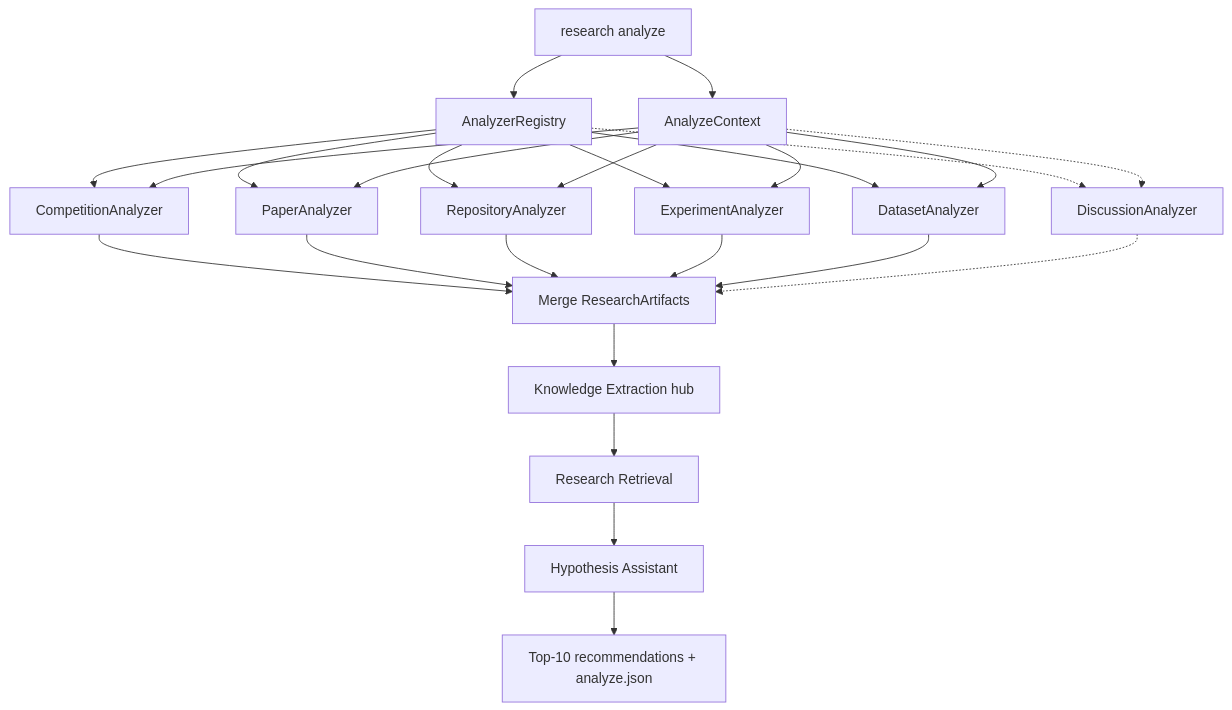
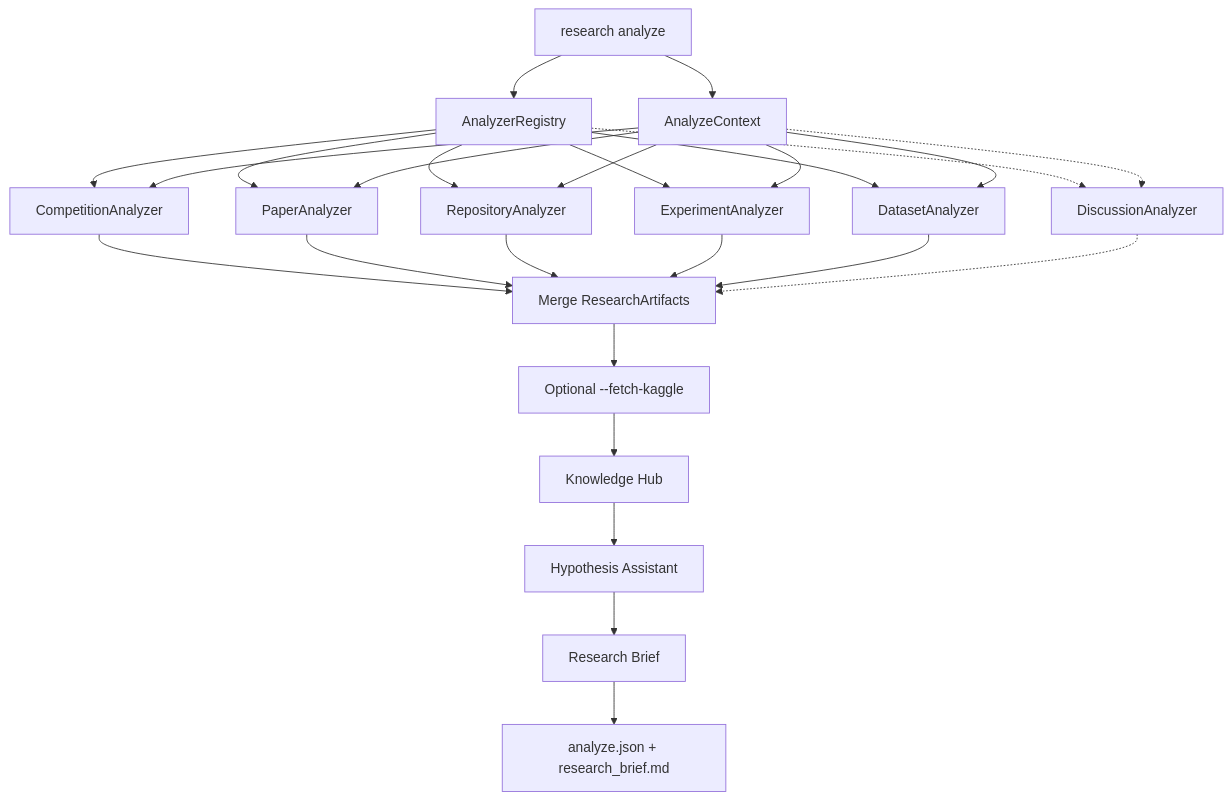
One commit to sadiq18/labpilot changed the third of 4 diagrams in docs/milestones/milestone-3/README.md. Above: the diagram before and after it, drawn with Mermaid. The commit also changed other lines of this file and 23 other files, not shown here.

First line of the commit message:
feat(analyze): persist all artifacts and emit Research Brief

````diff
--- a/docs/milestones/milestone-3/README.md
+++ b/docs/milestones/milestone-3/README.md
@@ -665,42 +683,44 @@
 ```mermaid
 flowchart TB
   CLI["research analyze"]
   Registry[AnalyzerRegistry]
   Ctx[AnalyzeContext]
   Comp[CompetitionAnalyzer]
   Papers[PaperAnalyzer]
   Repos[RepositoryAnalyzer]
   Exp[ExperimentAnalyzer]
   Data[DatasetAnalyzer]
   Disc[DiscussionAnalyzer]
   Merge[Merge ResearchArtifacts]
-  Hub[Knowledge Extraction hub]
-  Retr[Research Retrieval]
+  OptFetch["Optional --fetch-kaggle"]
+  Hub[Knowledge Hub]
   Hyp[Hypothesis Assistant]
-  Out[Top-10 recommendations + analyze.json]
+  Brief[Research Brief]
+  Out["analyze.json + research_brief.md"]
 
   CLI --> Registry
   CLI --> Ctx
   Registry --> Comp
   Registry --> Papers
   Registry --> Repos
   Registry --> Exp
   Registry --> Data
   Registry -.-> Disc
   Ctx --> Comp
   Ctx --> Papers
   Ctx --> Repos
   Ctx --> Exp
   Ctx --> Data
   Ctx -.-> Disc
   Comp --> Merge
   Papers --> Merge
   Repos --> Merge
   Exp --> Merge
   Data --> Merge
   Disc -.-> Merge
-  Merge --> Hub
-  Hub --> Retr
-  Retr --> Hyp
-  Hyp --> Out
+  Merge --> OptFetch
+  OptFetch --> Hub
+  Hub --> Hyp
+  Hyp --> Brief
+  Brief --> Out
 ```
````
